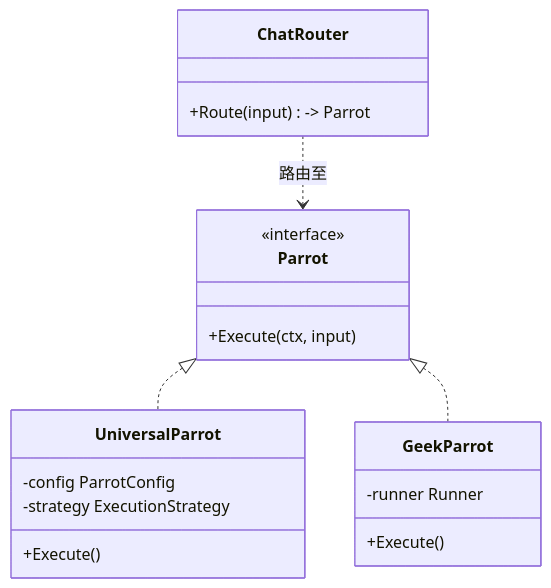
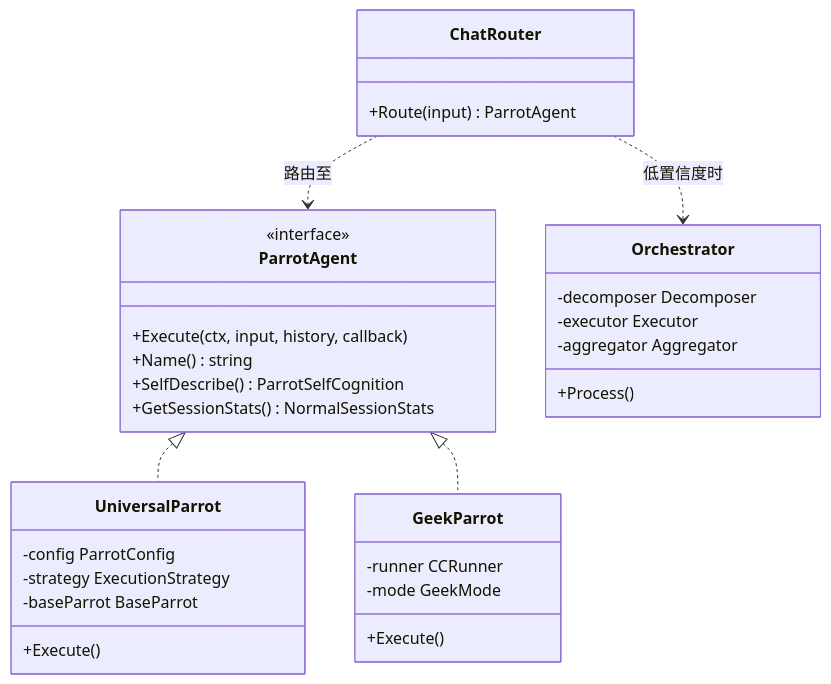
One commit to 88lin/divinesense changed the diagram in ai/agents/README.md. Above: the diagram before and after it, drawn with Mermaid. The commit also changed other lines of this file and 27 other files, not shown here.

````diff
--- a/ai/agents/README.md
+++ b/ai/agents/README.md
@@ -13,23 +14,35 @@
 ```mermaid
 classDiagram
-    class Parrot {
+    class ParrotAgent {
         <<interface>>
-        +Execute(ctx, input)
+        +Execute(ctx, input, history, callback)
+        +Name() string
+        +SelfDescribe() ParrotSelfCognition
+        +GetSessionStats() NormalSessionStats
     }
     class UniversalParrot {
         -config ParrotConfig
         -strategy ExecutionStrategy
+        -baseParrot BaseParrot
         +Execute()
     }
     class GeekParrot {
-        -runner Runner
+        -runner CCRunner
+        -mode GeekMode
         +Execute()
     }
+    class Orchestrator {
+        -decomposer Decomposer
+        -executor Executor
+        -aggregator Aggregator
+        +Process()
+    }
     class ChatRouter {
-        +Route(input) -> Parrot
+        +Route(input) ParrotAgent
     }
-    
-    Parrot <|.. UniversalParrot
-    Parrot <|.. GeekParrot
-    ChatRouter ..> Parrot : 路由至
+
+    ParrotAgent <|.. UniversalParrot
+    ParrotAgent <|.. GeekParrot
+    ChatRouter ..> ParrotAgent : 路由至
+    ChatRouter ..> Orchestrator : 低置信度时
 ```
````
